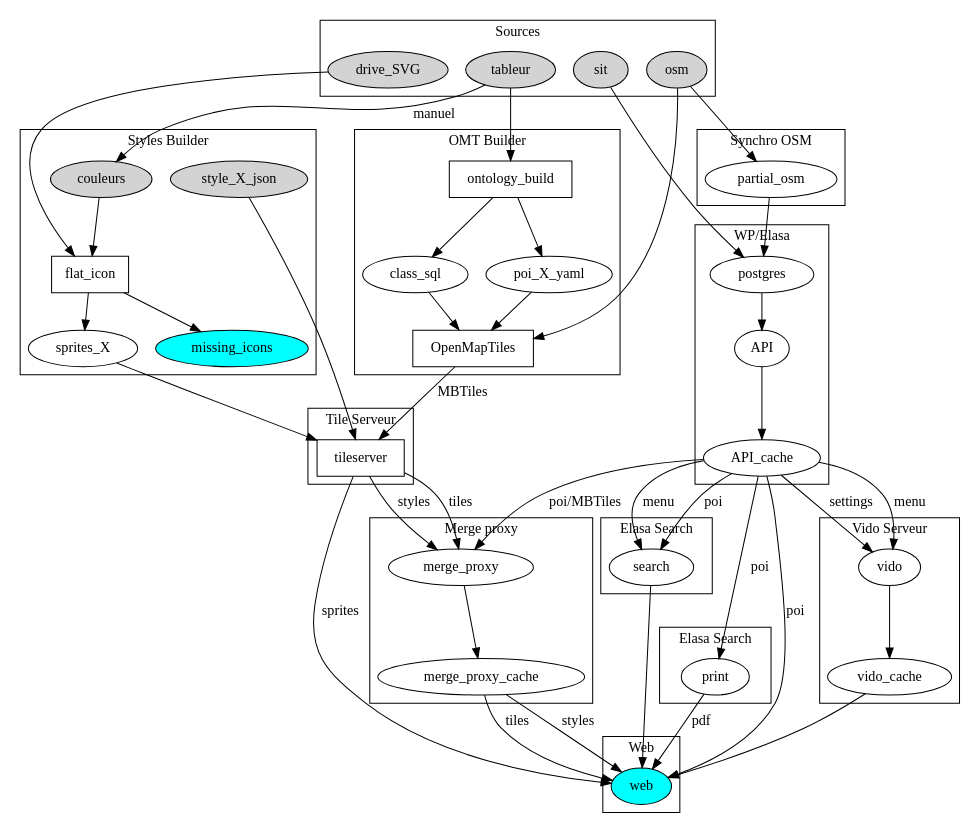
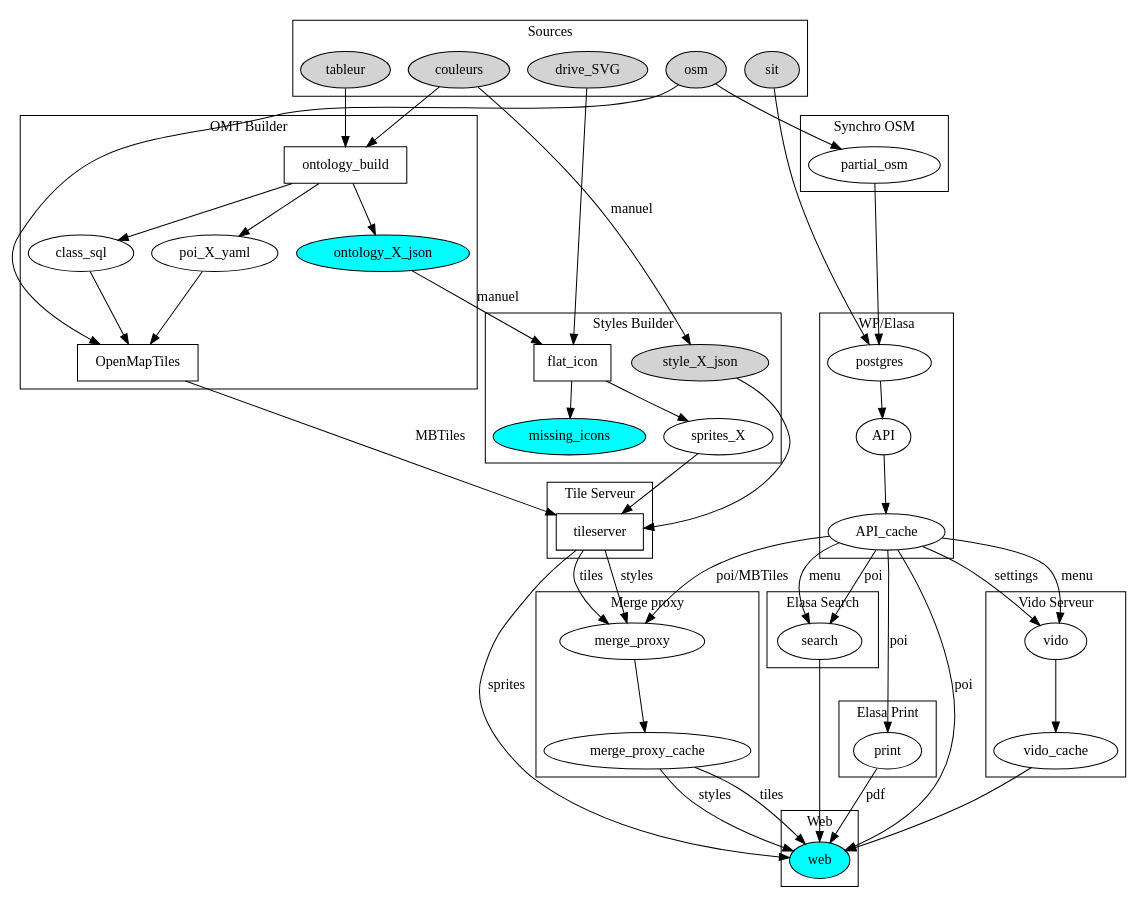
The diagram in doc/process.dot (teritorio/teritorio-gl-style-builder), drawn with Graphviz before and after one commit. The commit also changed 2 other files, not shown here.

```diff
--- a/doc/process.dot
+++ b/doc/process.dot
@@ -1,116 +1,118 @@
 digraph G {
     subgraph cluster_sources {
         label = "Sources";
 
         tableur [style=filled]
+        couleurs [style=filled]
         drive_SVG [style=filled]
         osm [style=filled]
         sit [style=filled]
+    }
+
+    subgraph cluster_data {
+        label = "OMT Builder";
+
+        tableur -> ontology_build;
+        couleurs -> ontology_build;
+        ontology_build -> class_sql;
+        ontology_build -> poi_X_yaml;
+        ontology_build -> ontology_X_json;
+        ontology_X_json [style=filled,fillcolor=cyan];
+        class_sql -> OpenMapTiles;
+        poi_X_yaml -> OpenMapTiles;
+        osm -> OpenMapTiles;
+
+        ontology_build [shape=box]
+        OpenMapTiles [shape=box]
     }
 
     subgraph cluster_style {
         label = "Styles Builder";
 
         drive_SVG -> flat_icon;
 
-        tableur -> couleurs [label=manuel];
-        couleurs -> flat_icon;
+        ontology_X_json -> flat_icon [label=manuel];
 
         flat_icon -> sprites_X;
         flat_icon -> missing_icons;
-        style_X_json;
+        couleurs -> style_X_json [label=manuel];
 
-        couleurs [style=filled]
         flat_icon [shape=box]
         missing_icons [style=filled,fillcolor=cyan]
         couleurs [style=filled]
         style_X_json [style=filled]
-    }
-
-    subgraph cluster_data {
-        label = "OMT Builder";
-
-        tableur -> ontology_build;
-        ontology_build -> class_sql;
-        ontology_build -> poi_X_yaml;
-        class_sql -> OpenMapTiles;
-        poi_X_yaml -> OpenMapTiles;
-        osm -> OpenMapTiles;
-
-        ontology_build [shape=box]
-        OpenMapTiles [shape=box]
     }
 
     subgraph cluster_tile_serveur {
         label = "Tile Serveur";
 
         style_X_json -> tileserver;
         sprites_X -> tileserver;
         OpenMapTiles -> tileserver [label=MBTiles];
 
         tileserver [shape=box]
     }
 
     subgraph cluster_synchro_osm {
         label = "Synchro OSM";
 
         osm -> partial_osm;
     }
 
     subgraph cluster_wp_elasa {
         label = "WP/Elasa";
 
         sit -> postgres;
         partial_osm -> postgres;
         postgres -> API;
 
         API -> API_cache;
     }
 
 
     subgraph cluster_merge_proxy {
         label = "Merge proxy";
 
         tileserver -> merge_proxy [label=styles];
         tileserver -> merge_proxy [label=tiles];
         API_cache -> merge_proxy [label="poi/MBTiles"];
         merge_proxy -> merge_proxy_cache;
     }
 
     subgraph cluster_viso_server {
         label = "Vido Serveur";
 
         API_cache -> vido [label=settings];
         API_cache -> vido [label=menu];
 
         vido -> vido_cache;
     }
 
     subgraph cluster_elasa_search {
         label = "Elasa Search";
 
         API_cache -> search [label=menu];
         API_cache -> search [label=poi];
     }
 
     subgraph cluster_elasa_print {
-        label = "Elasa Search";
+        label = "Elasa Print";
 
         API_cache -> print [label=poi];
     }
 
     subgraph cluster_web {
         label = "Web";
 
         merge_proxy_cache -> web [label=styles];
         merge_proxy_cache -> web [label=tiles];
         tileserver -> web [label=sprites];
 
         vido_cache -> web;
         API_cache -> web [label=poi];
         search -> web;
         print -> web [label=pdf];
 
         web [style=filled,fillcolor=cyan]
     }
 }
```
